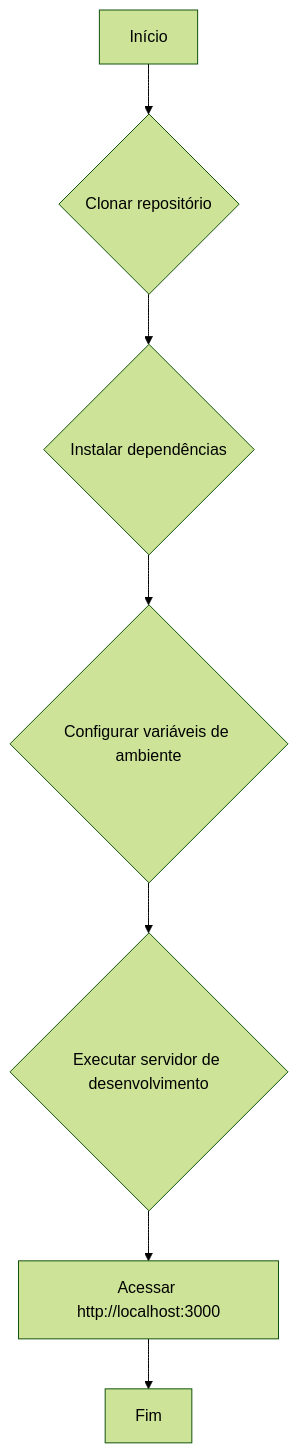
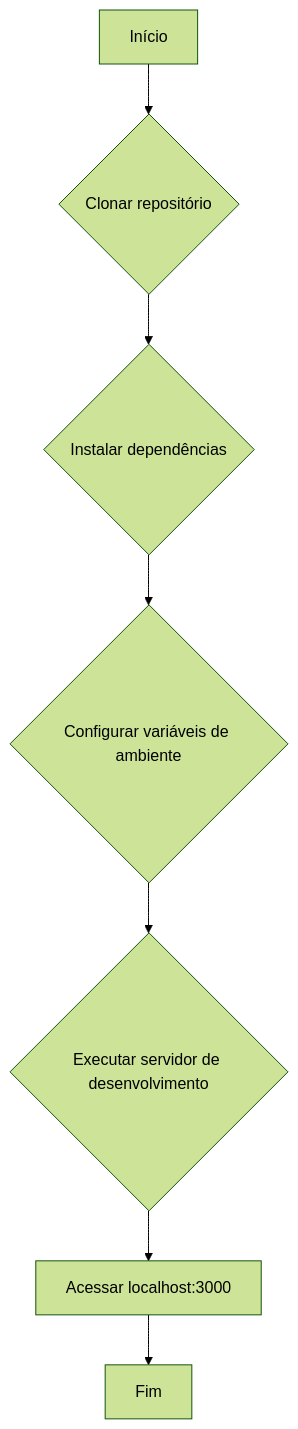
Before and after one commit to DessimA/meu_cv: the second of 2 diagrams in README.md, drawn with Mermaid (forest theme). The commit also changed other lines of this file, not shown here.

````diff
--- a/README.md
+++ b/README.md
@@ -137,9 +137,9 @@
 ```mermaid
 graph TD
     A[Início] --> B{Clonar repositório};
     B --> C{Instalar dependências};
     C --> D{Configurar variáveis de ambiente};
     D --> E{Executar servidor de desenvolvimento};
-    E --> F[Acessar http://localhost:3000];
+    E --> F[Acessar localhost:3000];
     F --> G[Fim];
 ```
````
